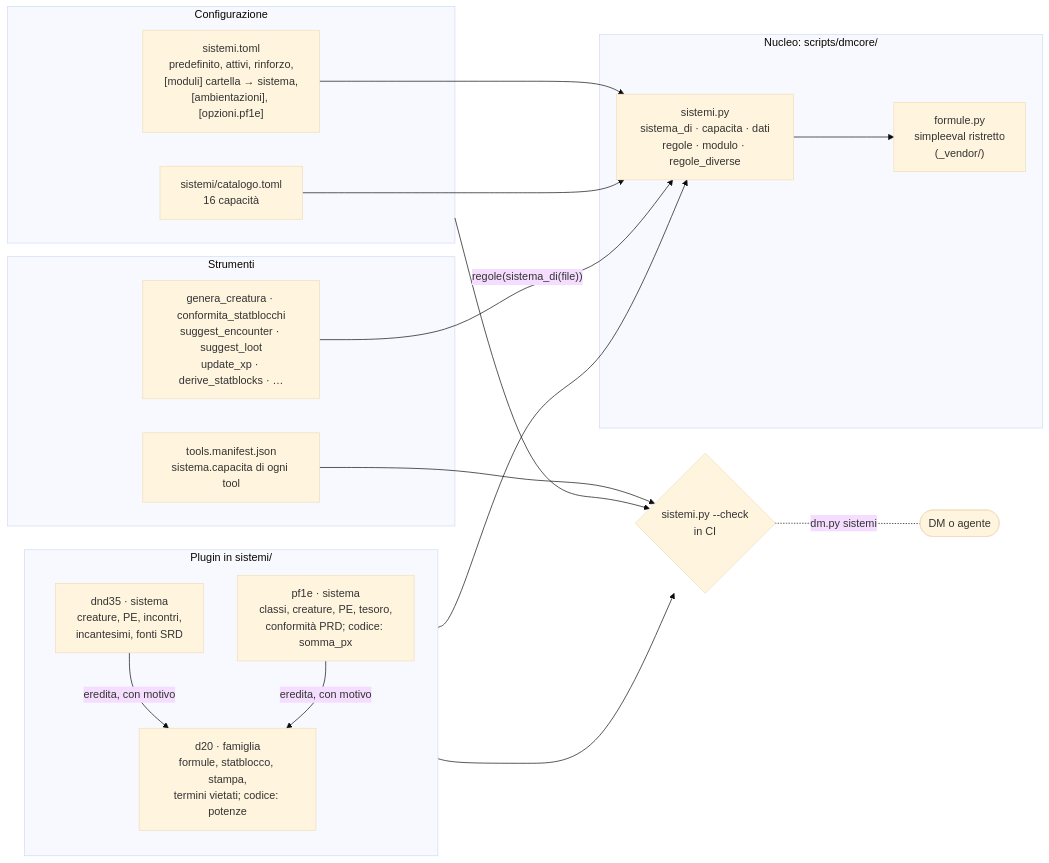
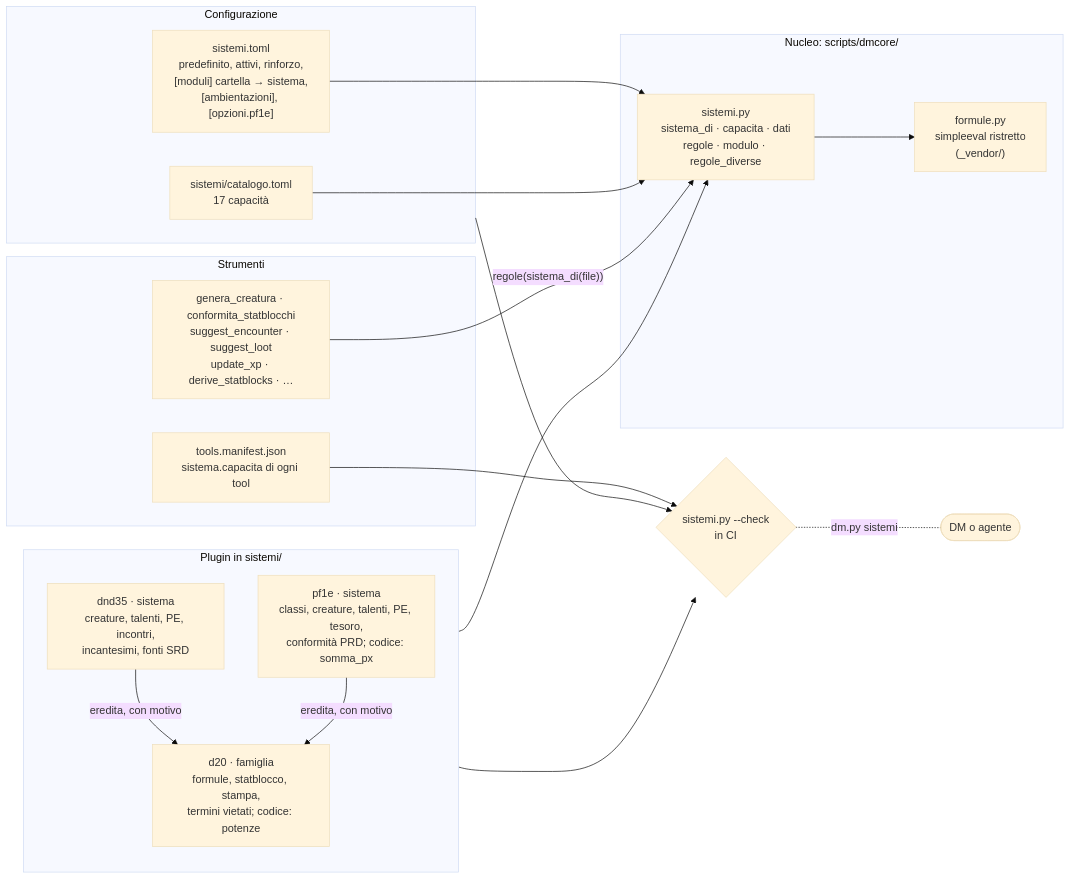
Diagram 27 of 29 in docs/ARCHITETTURA.md (gsamuele78/RumblingStone), drawn with Mermaid (base theme) before and after one commit. The commit also changed other lines of this file and 5 other files, not shown here.

First line of the commit message:
Documentazione: creature.talenti, tratti dei tipi e bonus dei costrutti (lotti 1-5 delle regole)

````diff
--- a/docs/ARCHITETTURA.md
+++ b/docs/ARCHITETTURA.md
@@ -1164,31 +1164,31 @@
 ```mermaid
 flowchart LR
     subgraph CFG["Configurazione"]
         STOML["sistemi.toml<br/>predefinito, attivi, rinforzo,<br/>[moduli] cartella → sistema,<br/>[ambientazioni], [opzioni.pf1e]"]
-        CAT["sistemi/catalogo.toml<br/>16 capacità"]
+        CAT["sistemi/catalogo.toml<br/>17 capacità"]
     end
     subgraph PLUG["Plugin in sistemi/"]
         D20["d20 · famiglia<br/>formule, statblocco, stampa,<br/>termini vietati; codice: potenze"]
-        D35["dnd35 · sistema<br/>creature, PE, incontri,<br/>incantesimi, fonti SRD"]
-        PF["pf1e · sistema<br/>classi, creature, PE, tesoro,<br/>conformità PRD; codice: somma_px"]
+        D35["dnd35 · sistema<br/>creature, talenti, PE, incontri,<br/>incantesimi, fonti SRD"]
+        PF["pf1e · sistema<br/>classi, creature, talenti, PE, tesoro,<br/>conformità PRD; codice: somma_px"]
         D35 -->|"eredita, con motivo"| D20
         PF -->|"eredita, con motivo"| D20
     end
     subgraph CORE["Nucleo: scripts/dmcore/"]
         SIS["sistemi.py<br/>sistema_di · capacita · dati<br/>regole · modulo · regole_diverse"]
         FOR["formule.py<br/>simpleeval ristretto<br/>(_vendor/)"]
     end
     subgraph TOOLS["Strumenti"]
         MAN["tools.manifest.json<br/>sistema.capacita di ogni tool"]
         T["genera_creatura · conformita_statblocchi<br/>suggest_encounter · suggest_loot<br/>update_xp · derive_statblocks · …"]
     end
     STOML --> SIS
     CAT --> SIS
     PLUG --> SIS
     SIS --> FOR
     T -->|"regole(sistema_di(file))"| SIS
     MAN --> GATE{"sistemi.py --check<br/>in CI"}
     CFG --> GATE
     PLUG --> GATE
     GATE -. "dm.py sistemi" .- DMS(["DM o agente"])
 ```
````
